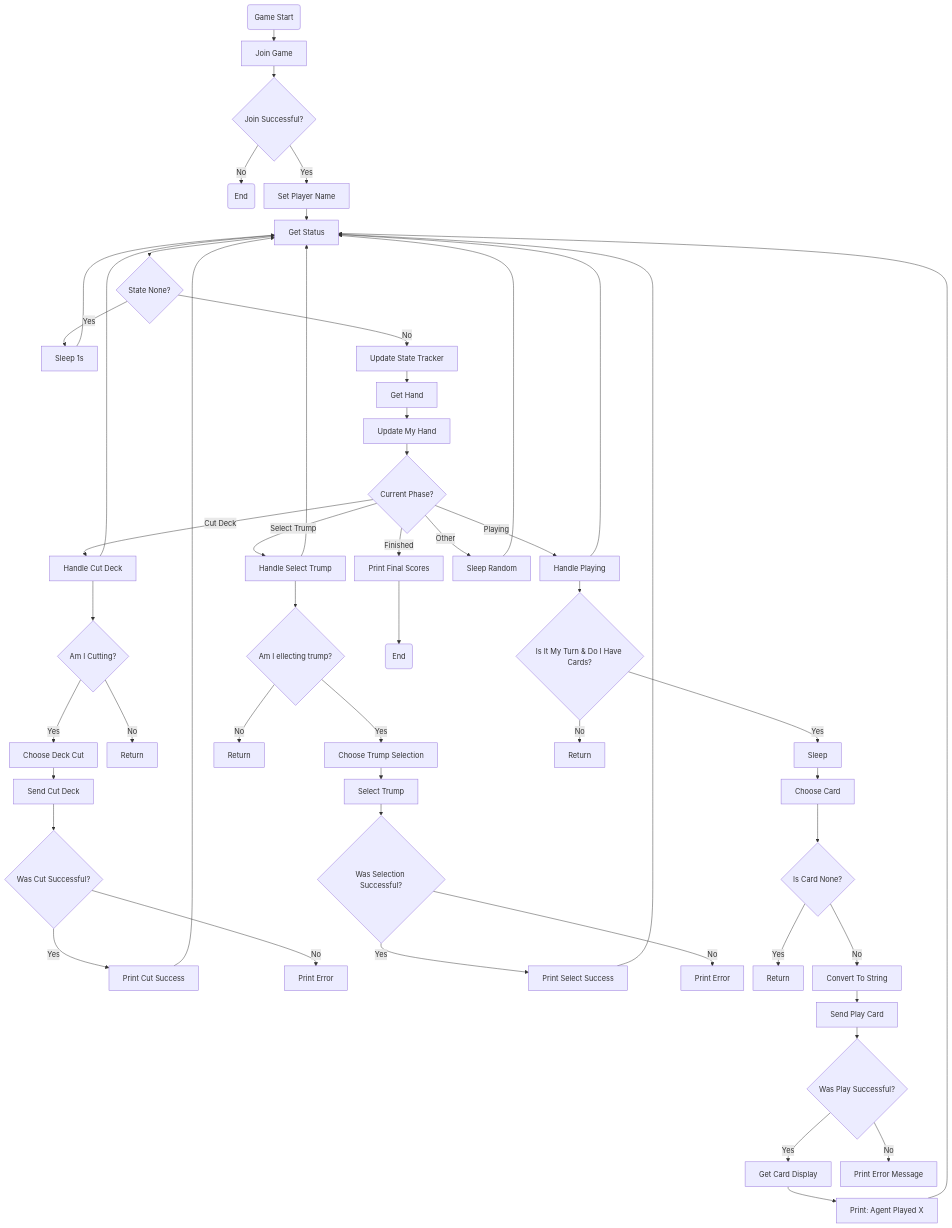
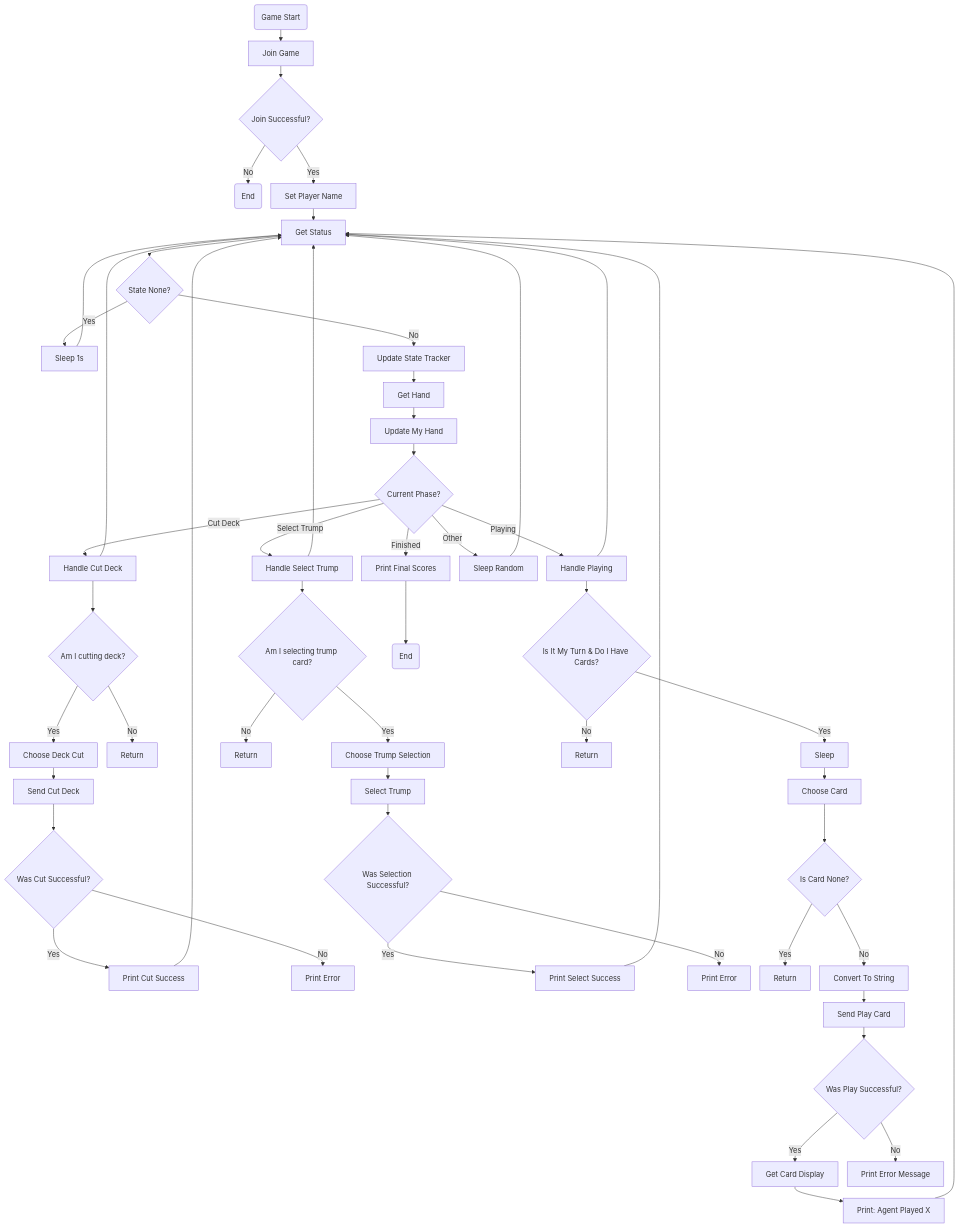
The diagram in agent-fluxograms/dumb-agent-workflow.md (PEI09-25-26/Sueca), drawn with Mermaid before and after one commit.

Commit message:
Clarify decision points in dumb-agent workflow
Updated phrasing for clarity in decision points regarding cutting the deck and selecting the trump card.

````diff
--- a/agent-fluxograms/dumb-agent-workflow.md
+++ b/agent-fluxograms/dumb-agent-workflow.md
@@ -3,67 +3,67 @@
 ```mermaid
 %%{init: {'flowchart': {'nodeSpacing': 20, 'rankSpacing': 25}}}%%
 flowchart TD
 
 A(Game Start) --> B[Join Game]
 B --> C{Join Successful?}
 C -->|No| D(End)
 C -->|Yes| E[Set Player Name]
 
 E --> F[Get Status]
 F --> G{State None?}
 G -->|Yes| H[Sleep 1s]
 H --> F
 G -->|No| I[Update State Tracker]
 
 I --> J[Get Hand]
 J --> K[Update My Hand]
 K --> L{Current Phase?}
 
 L -->|Cut Deck| M[Handle Cut Deck]
-M -->N{Am I Cutting?}
+M -->N{Am I cutting deck?}
 N -->|Yes|O[Choose Deck Cut]
 O -->W[Send Cut Deck]
 W -->X{Was Cut Successful?}
 X -->|Yes|Y[Print Cut Success]
 Y --> F
 X -->|No|Z[Print Error]
 N -->|No|V[Return]
 
 
 L -->|Select Trump| P[Handle Select Trump]
-P -->A1{Am I ellecting trump?}
+P -->A1{Am I selecting trump card?}
 A1 --> |Yes|C1[Choose Trump Selection]
 A1 --> |No|B1[Return]
 C1 --> D1[Select Trump]
 D1 --> E1{Was Selection Successful?}
 E1 --> |Yes| F1[Print Select Success]
 F1 --> F
 E1 --> |No| G1[Print Error]
 
 
 
 L -->|Playing| R[Handle Playing]
 R --> H1{Is It My Turn & Do I Have Cards?}
 H1 -->|Yes| I1[Sleep]
 H1 -->|No| J1[Return]
 I1 --> K1[Choose Card]
 K1 --> L1{Is Card None?}
 L1 -->|Yes|M1[Return]
 L1 -->|No|N1[Convert To String]
 N1 -->O1[Send Play Card]
 O1 -->P1{Was Play Successful?}
 P1 -->|Yes|Q1[Get Card Display]
 Q1 -->R1[Print: Agent Played X]
 R1 -->F
 P1 -->|No|T1[Print Error Message]
 
 
 L -->|Finished| T[Print Final Scores]
 T --> S3(End)
 L -->|Other| U[Sleep Random]
 
 M --> F
 P --> F
 R --> F
 U --> F
 ```
````
